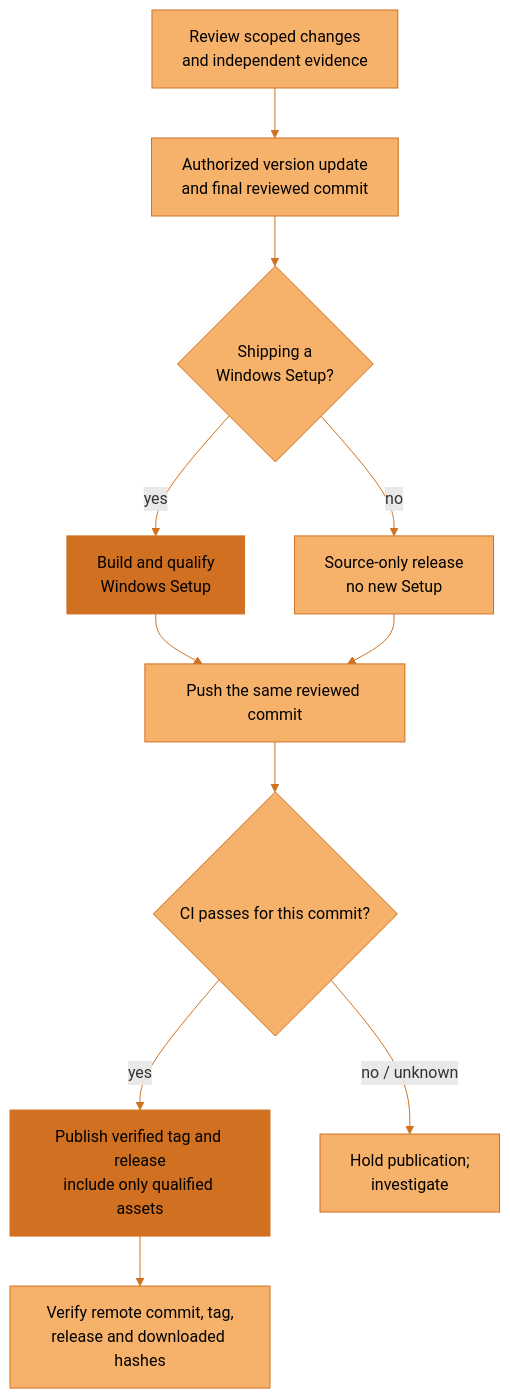
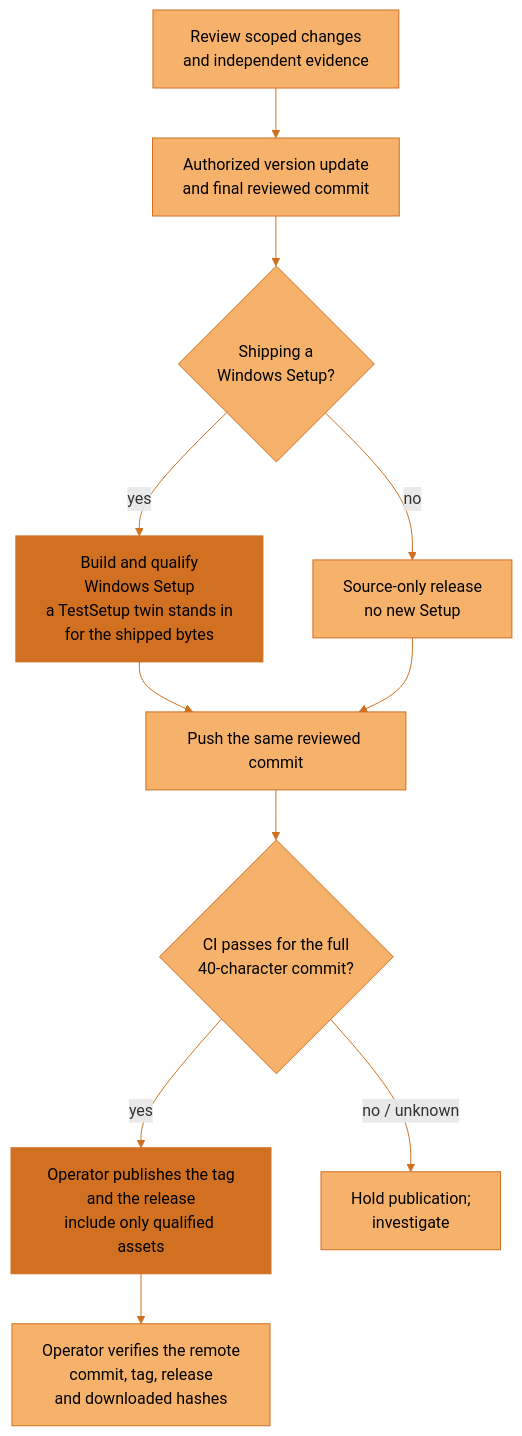
Before and after one commit to JosephOIbrahim/Synapse: diagram 11 of 11 in docs/architecture/overview.md, drawn with Mermaid. The commit also changed other lines of this file and 10 other files, not shown here.

````diff
--- a/docs/architecture/overview.md
+++ b/docs/architecture/overview.md
@@ -383,19 +391,19 @@
 ```mermaid
 flowchart TD
     accTitle: Publish only the reviewed and checked release commit
-    accDescr: Review scoped changes and independent evidence, then prepare the authorized final version commit. If shipping an installer, build and qualify it from that exact clean commit and bind its hashes. Push that commit and require exact-commit CI. Publish only after both CI and artifact qualification pass. Any later source change repeats the relevant gates. Verify the remote references and downloaded asset bytes; existing tags and assets are preserved.
+    accDescr: Review scoped changes and independent evidence, then prepare the authorized final version commit. If shipping an installer, build and qualify it from that exact clean commit and bind its hashes. Push that commit and require CI for the full 40-character commit. Publish only after both CI and artifact qualification pass. Any later source change repeats the relevant gates. The operator then publishes and verifies the remote references and downloaded asset bytes; existing tags are preserved by the tag gate, published assets by operator practice.
     A["Review scoped changes<br/>and independent evidence"] --> B["Authorized version update<br/>and final reviewed commit"]
     B --> K{"Shipping a<br/>Windows Setup?"}
-    K -->|"yes"| I["Build and qualify<br/>Windows Setup"]
+    K -->|"yes"| I["Build and qualify<br/>Windows Setup<br/>a TestSetup twin stands in<br/>for the shipped bytes"]
     K -->|"no"| O["Source-only release<br/>no new Setup"]
     I --> P["Push the same reviewed commit"]
     O --> P
-    P --> C{"CI passes for this commit?"}
-    C -->|"yes"| T["Publish verified tag and release<br/>include only qualified assets"]
+    P --> C{"CI passes for the full<br/>40-character commit?"}
+    C -->|"yes"| T["Operator publishes the tag<br/>and the release<br/>include only qualified assets"]
     C -->|"no / unknown"| H["Hold publication;<br/>investigate"]
-    T --> V["Verify remote commit, tag,<br/>release and downloaded hashes"]
+    T --> V["Operator verifies the remote<br/>commit, tag, release<br/>and downloaded hashes"]
     classDef default fill:#F6B26B,stroke:#D07020,color:#000000
     classDef synapse fill:#D07020,stroke:#D07020,color:#000000
     class I,T synapse
     linkStyle default stroke:#D07020
 ```
````
